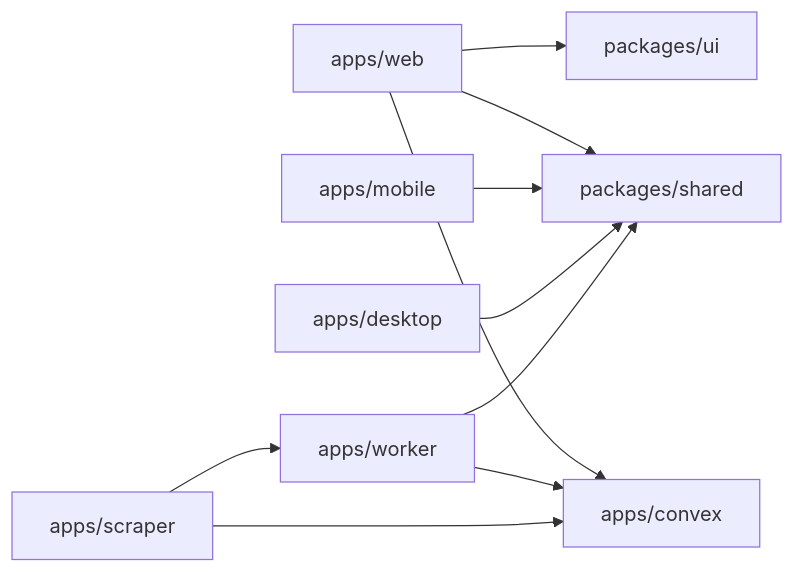
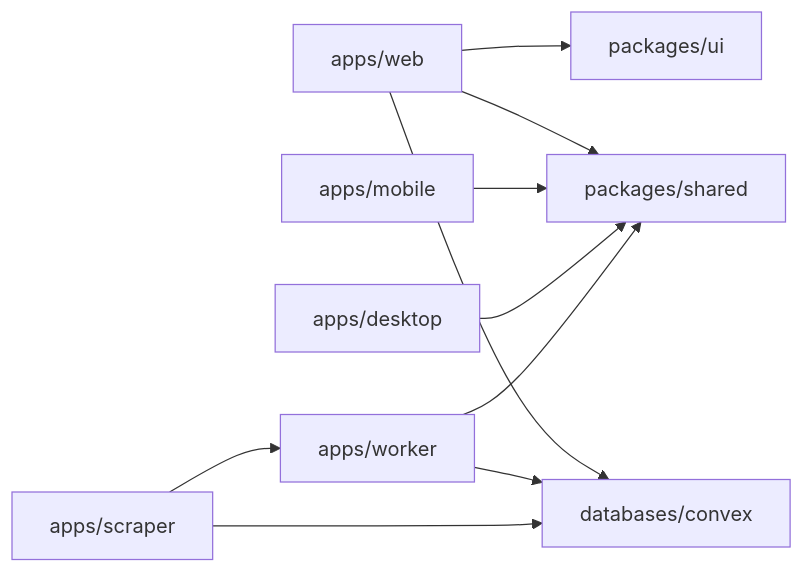
The diagram in README.md (Fractal-Tess/react-monorepo), drawn with Mermaid before and after one commit. The commit also changed other lines of this file and 94 other files, not shown here.

````diff
--- a/README.md
+++ b/README.md
@@ -29,21 +29,21 @@
 ```mermaid
 flowchart LR
   web[apps/web]
   mobile[apps/mobile]
   desktop[apps/desktop]
   worker[apps/worker]
   scraper[apps/scraper]
-  convex[apps/convex]
+  convex[databases/convex]
   shared[packages/shared]
   ui[packages/ui]
 
   web --> convex
   web --> ui
   web --> shared
   mobile --> shared
   desktop --> shared
   worker --> convex
   worker --> shared
   scraper --> convex
   scraper --> worker
 ```
````
